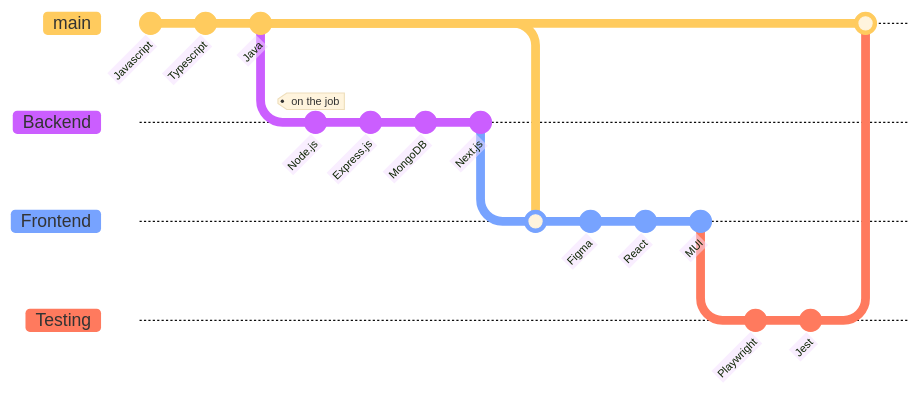
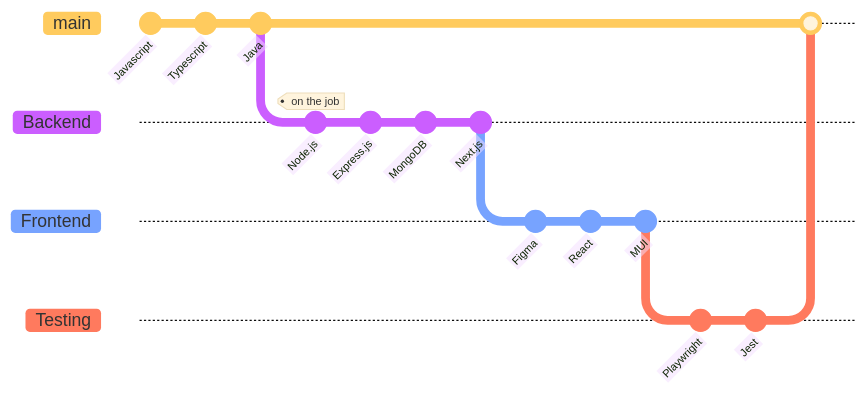
The diagram in README.md (alejandroo-pc/alejandroo-pc), drawn with Mermaid before and after one commit.

````diff
--- a/README.md
+++ b/README.md
@@ -11,23 +11,22 @@
 ``` mermaid
 %%{init: { 'logLevel': 'debug', 'theme': 'base', 'gitGraph': {'showBranches': true}} }%%
 gitGraph
    commit id: "Javascript"
    commit id: "Typescript"
    commit id: "Java"
    branch Backend
    checkout Backend
    commit id: "Node.js" tag: "on the job"
    commit id: "Express.js"
    commit id: "MongoDB"
    commit id: "Next.js"
    branch Frontend
-   merge main
    commit id: "Figma"
    commit id: "React"
    commit id: "MUI"
    branch Testing
    commit id: "Playwright"
    commit id: "Jest"
    checkout main
    merge Testing
 ```
````
